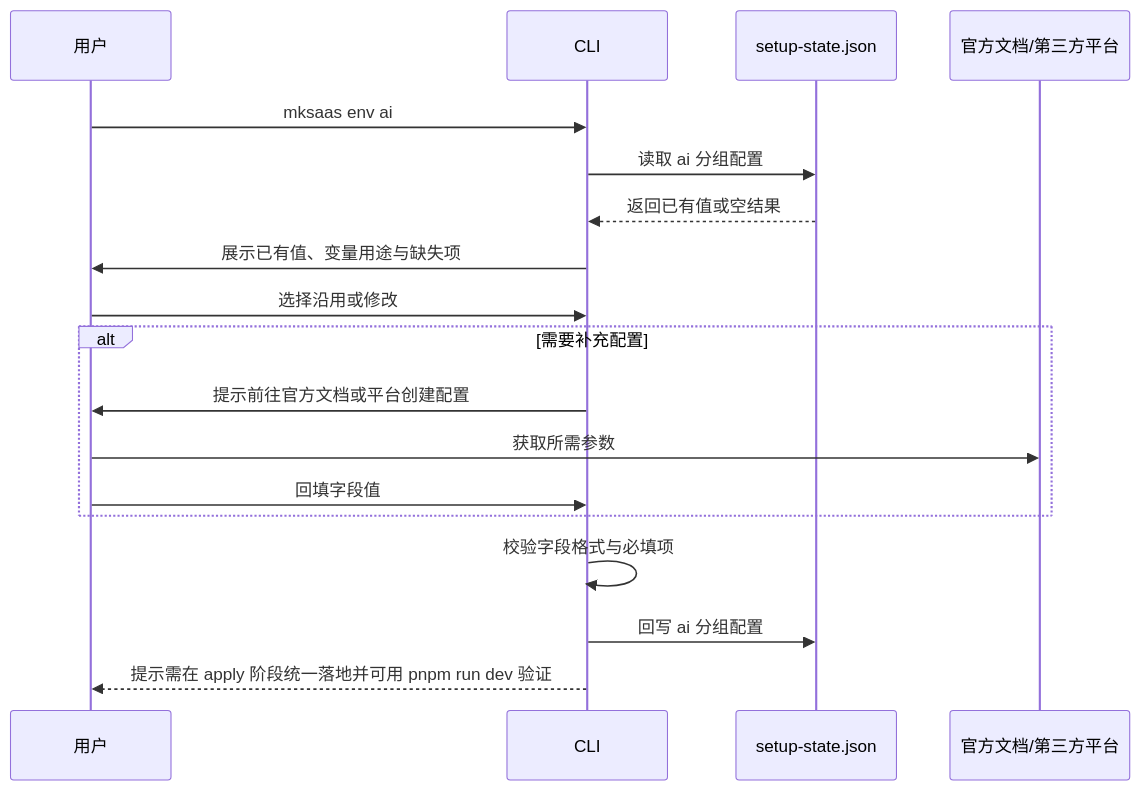
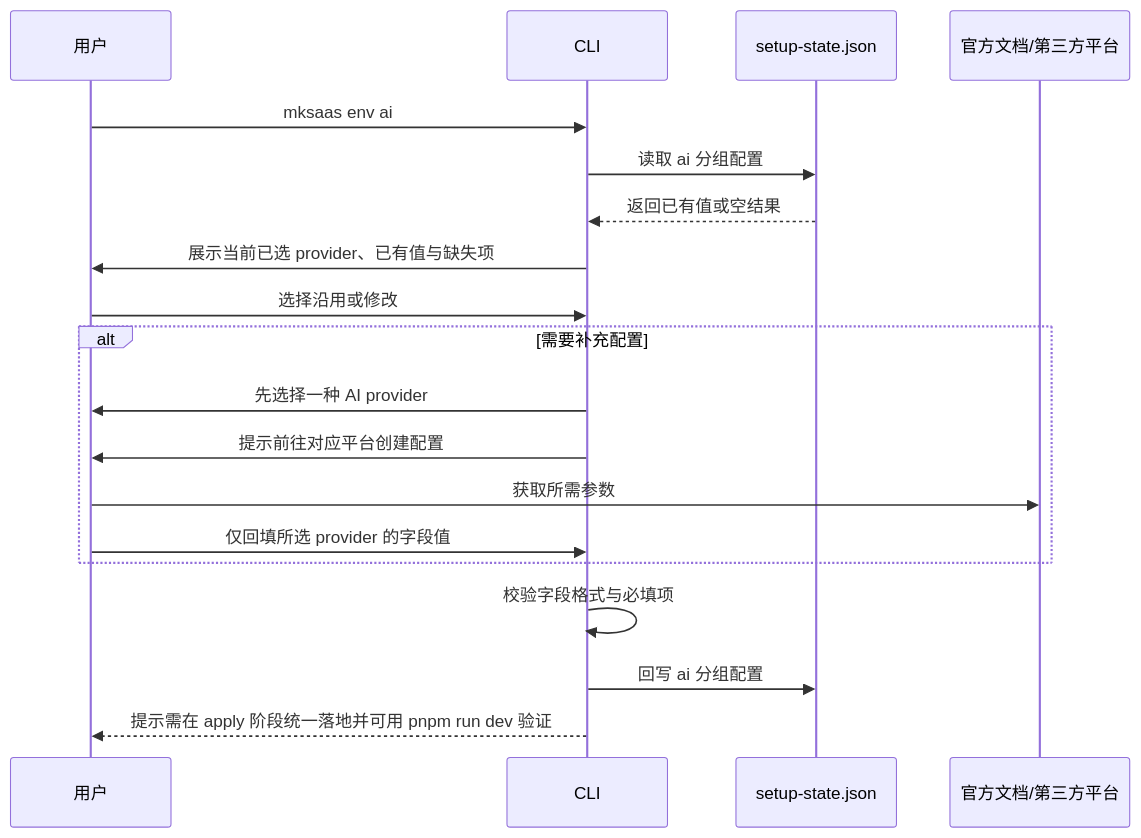
Before and after one commit to CaffeineOddity/mksaas_command: the second of 2 diagrams in docs/steps/03-env-groups/17-ai.md, drawn with Mermaid. The commit also changed other lines of this file and 17 other files, not shown here.

````diff
--- a/docs/steps/03-env-groups/17-ai.md
+++ b/docs/steps/03-env-groups/17-ai.md
@@ -77,21 +80,22 @@
 ```mermaid
 sequenceDiagram
     participant U as 用户
     participant C as CLI
     participant J as setup-state.json
     participant D as 官方文档/第三方平台
 
     U->>C: mksaas env ai
     C->>J: 读取 ai 分组配置
     J-->>C: 返回已有值或空结果
-    C->>U: 展示已有值、变量用途与缺失项
+    C->>U: 展示当前已选 provider、已有值与缺失项
     U->>C: 选择沿用或修改
     alt 需要补充配置
-        C->>U: 提示前往官方文档或平台创建配置
+        C->>U: 先选择一种 AI provider
+        C->>U: 提示前往对应平台创建配置
         U->>D: 获取所需参数
-        U->>C: 回填字段值
+        U->>C: 仅回填所选 provider 的字段值
     end
     C->>C: 校验字段格式与必填项
     C->>J: 回写 ai 分组配置
     C-->>U: 提示需在 apply 阶段统一落地并可用 pnpm run dev 验证
 ```
````
